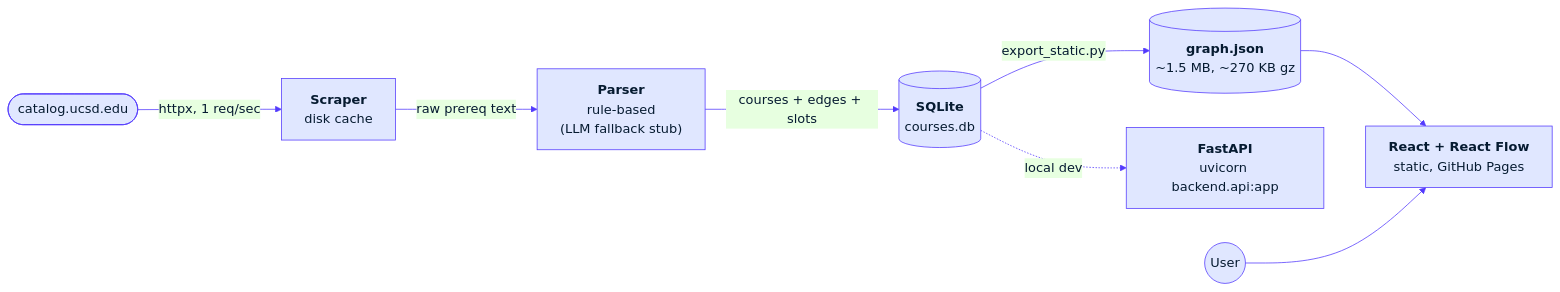
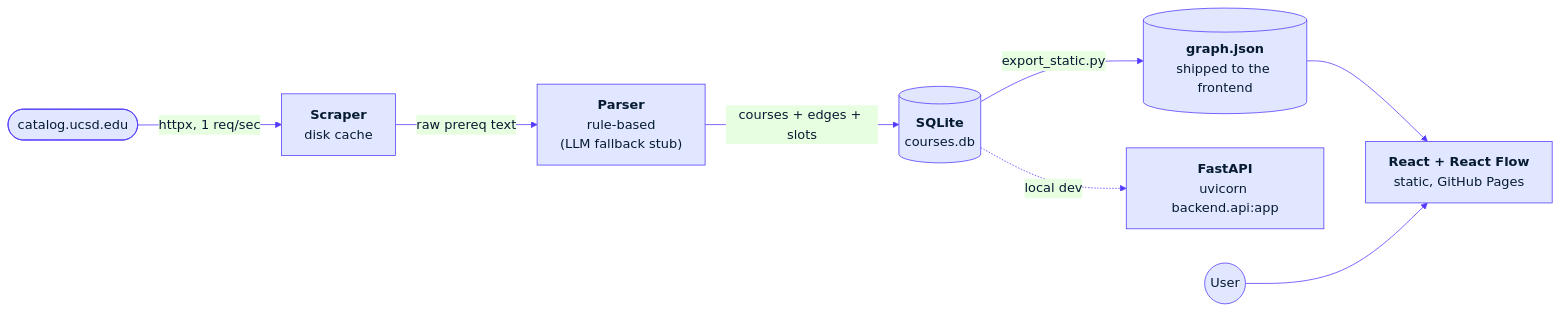
Before and after one commit to CuteSurtr/prereq-dependency: the diagram in README.md, drawn with Mermaid. The commit also changed other lines of this file, not shown here.

````diff
--- a/README.md
+++ b/README.md
@@ -35,24 +35,24 @@
 ```mermaid
 %%{init: {
   "theme": "base",
   "themeVariables": {
     "fontSize": "17px",
     "fontFamily": "Inter, -apple-system, system-ui, sans-serif",
     "primaryColor": "#e0e7ff",
     "primaryBorderColor": "#533afd",
     "primaryTextColor": "#061b31",
     "lineColor": "#533afd",
     "tertiaryColor": "#f6f9fc",
     "tertiaryBorderColor": "#b9b9f9"
   },
   "flowchart": { "nodeSpacing": 45, "rankSpacing": 55, "curve": "basis" }
 }}%%
 flowchart LR
     Catalog(["catalog.ucsd.edu"]) -->|httpx, 1 req/sec| Scraper["<b>Scraper</b><br/>disk cache"]
     Scraper -->|raw prereq text| Parser["<b>Parser</b><br/>rule-based<br/>(LLM fallback stub)"]
     Parser -->|courses + edges + slots| DB[("<b>SQLite</b><br/>courses.db")]
-    DB -->|export_static.py| JSON[("<b>graph.json</b><br/>~1.5 MB, ~270 KB gz")]
+    DB -->|export_static.py| JSON[("<b>graph.json</b><br/>shipped to the frontend")]
     JSON --> FE["<b>React + React Flow</b><br/>static, GitHub Pages"]
     DB -.->|local dev| API["<b>FastAPI</b><br/>uvicorn backend.api:app"]
     User((User)) --> FE
 ```
````
